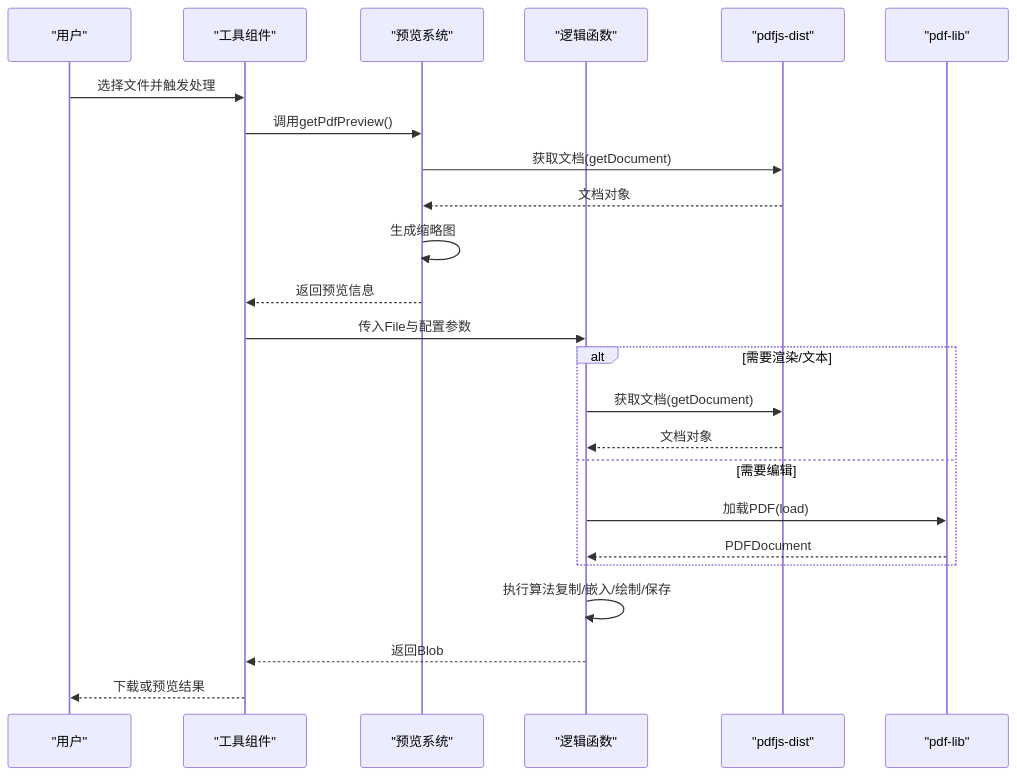
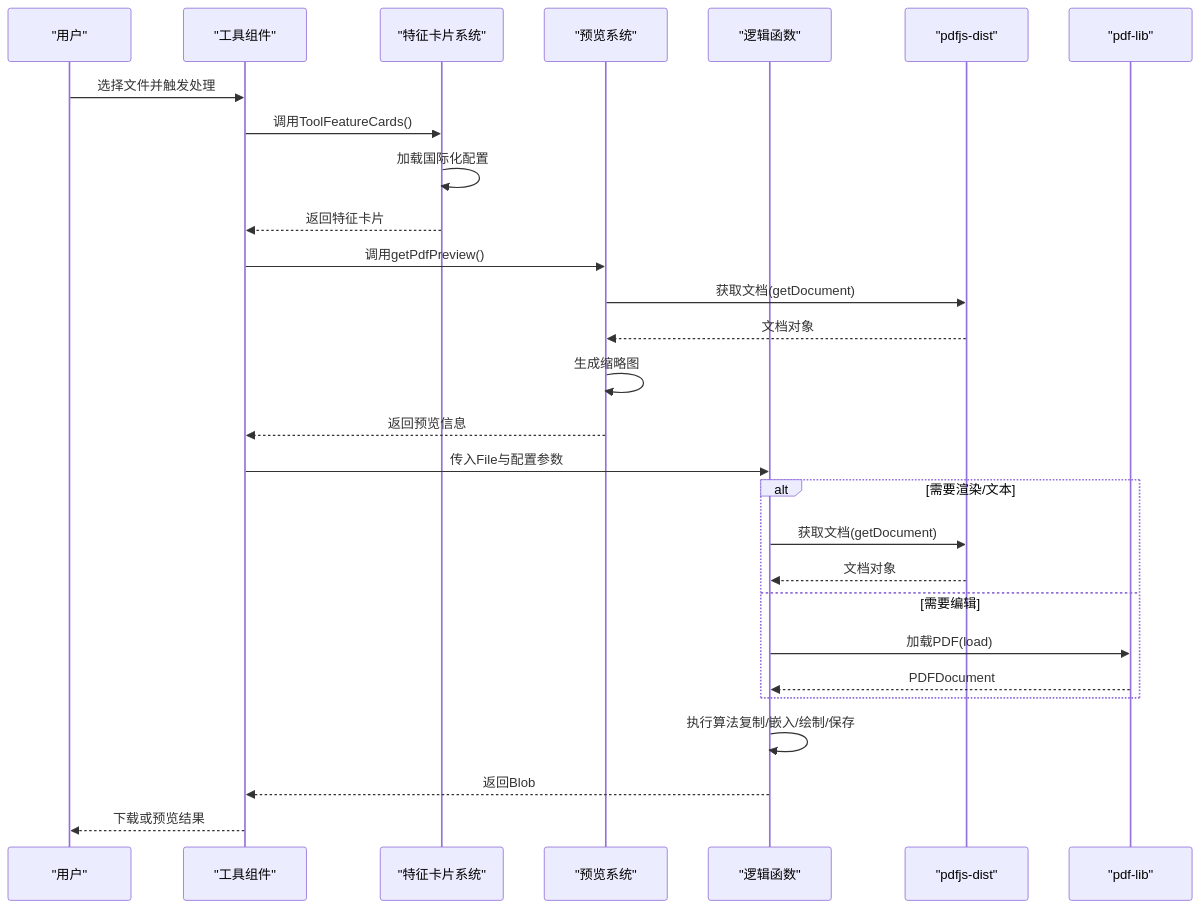
The fifth of 6 diagrams in .qoder/repowiki/zh/content/PDF工具/PDF工具.md (sgyy/privadeck), drawn with Mermaid before and after one commit. The commit also changed other lines of this file and 3 other files, not shown here.

````diff
--- a/.qoder/repowiki/zh/content/PDF工具/PDF工具.md
+++ b/.qoder/repowiki/zh/content/PDF工具/PDF工具.md
@@ -211,26 +300,30 @@
 ```mermaid
 sequenceDiagram
 participant U as "用户"
 participant C as "工具组件"
+participant F as "特征卡片系统"
 participant P as "预览系统"
 participant L as "逻辑函数"
 participant PJ as "pdfjs-dist"
 participant PL as "pdf-lib"
 U->>C : 选择文件并触发处理
+C->>F : 调用ToolFeatureCards()
+F->>F : 加载国际化配置
+F-->>C : 返回特征卡片
 C->>P : 调用getPdfPreview()
 P->>PJ : 获取文档(getDocument)
 PJ-->>P : 文档对象
 P->>P : 生成缩略图
 P-->>C : 返回预览信息
 C->>L : 传入File与配置参数
 alt 需要渲染/文本
 L->>PJ : 获取文档(getDocument)
 PJ-->>L : 文档对象
 else 需要编辑
 L->>PL : 加载PDF(load)
 PL-->>L : PDFDocument
 end
 L->>L : 执行算法复制/嵌入/绘制/保存
 L-->>C : 返回Blob
 C-->>U : 下载或预览结果
 ```
````
